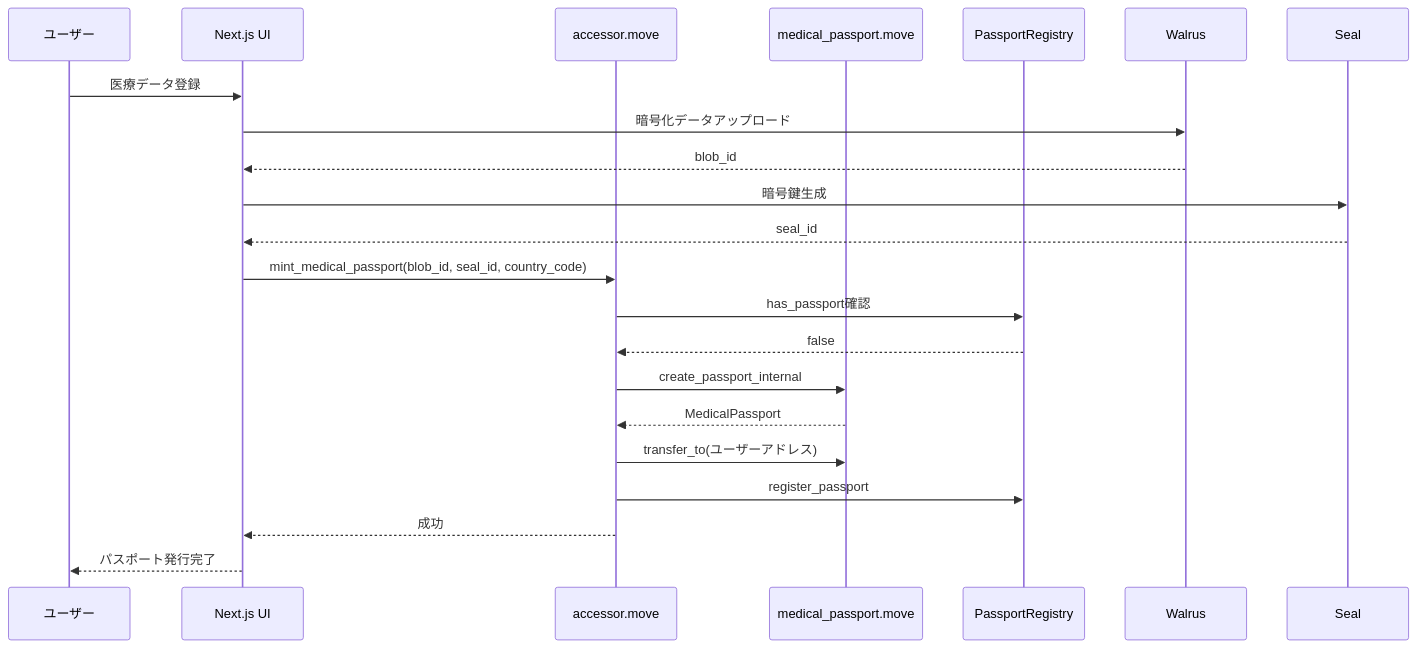
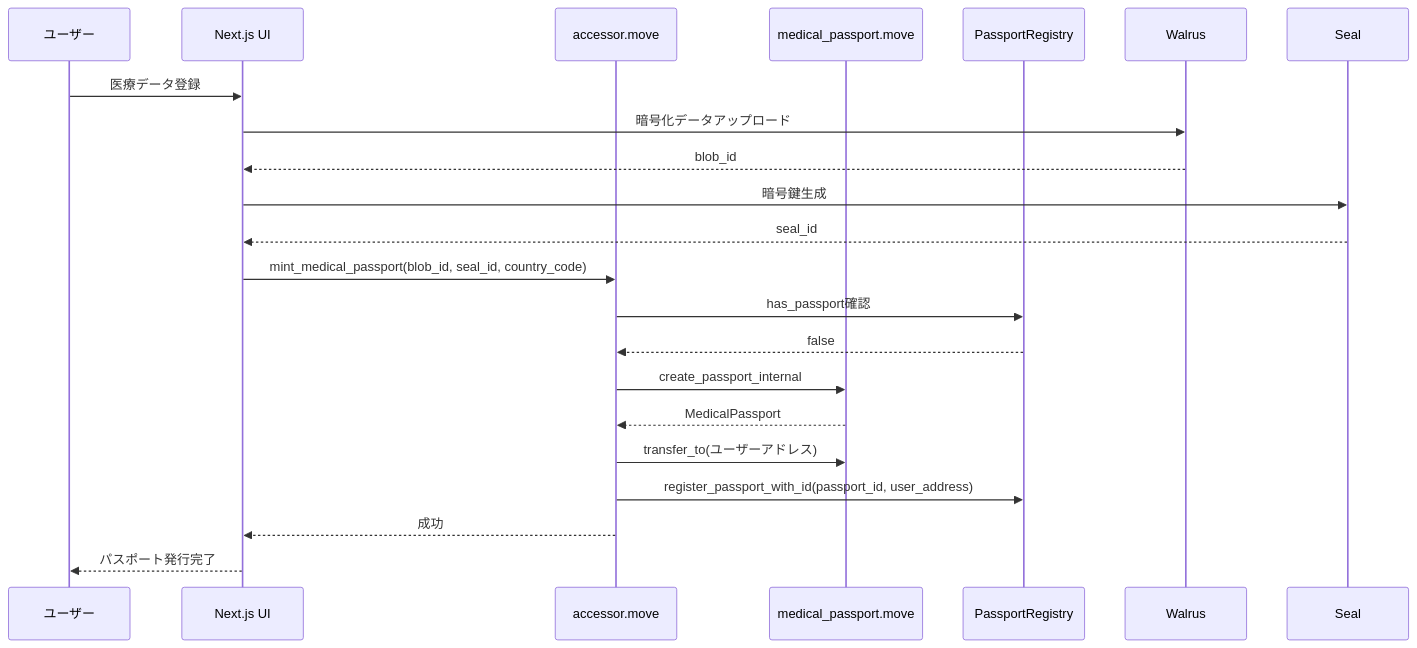
The second of 6 diagrams in docs/contract.md (UnagiLabs/cure_pocket), drawn with Mermaid before and after one commit. The commit also changed other lines of this file, not shown here.

````diff
--- a/docs/contract.md
+++ b/docs/contract.md
@@ -108,25 +113,25 @@
 ```mermaid
 sequenceDiagram
     participant User as ユーザー
     participant UI as Next.js UI
     participant ACC as accessor.move
     participant MP as medical_passport.move
     participant REG as PassportRegistry
     participant WALRUS as Walrus
     participant SEAL as Seal
 
     User->>UI: 医療データ登録
     UI->>WALRUS: 暗号化データアップロード
     WALRUS-->>UI: blob_id
     UI->>SEAL: 暗号鍵生成
     SEAL-->>UI: seal_id
     UI->>ACC: mint_medical_passport(blob_id, seal_id, country_code)
     ACC->>REG: has_passport確認
     REG-->>ACC: false
     ACC->>MP: create_passport_internal
     MP-->>ACC: MedicalPassport
     ACC->>MP: transfer_to(ユーザーアドレス)
-    ACC->>REG: register_passport
+    ACC->>REG: register_passport_with_id(passport_id, user_address)
     ACC-->>UI: 成功
     UI-->>User: パスポート発行完了
 ```
````
